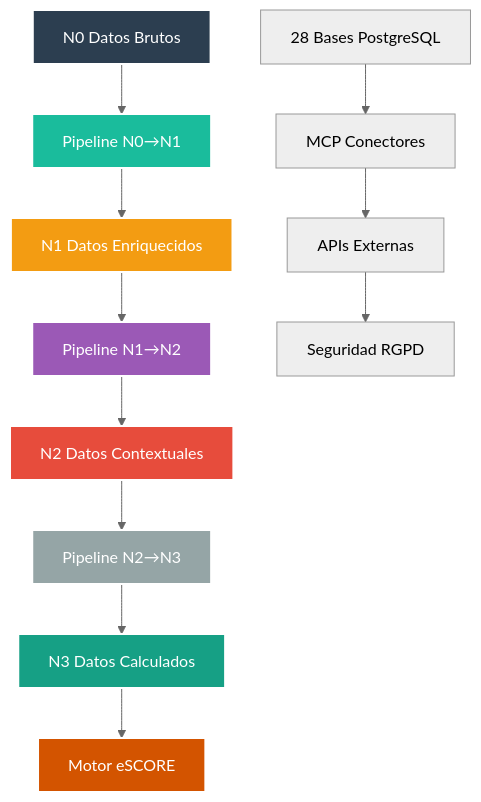
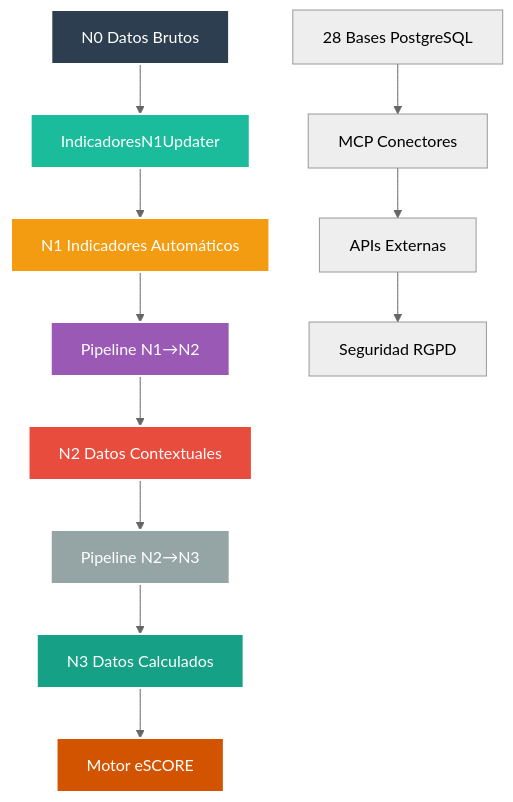
Before and after one commit to EGD2024/db-watioverse: the first of 3 diagrams in README.md, drawn with Mermaid (neutral theme). The commit also changed other lines of this file and 31 other files, not shown here.

````diff
--- a/README.md
+++ b/README.md
@@ -30,23 +30,23 @@
 ```mermaid
 graph TD
-    A[N0 Datos Brutos] --> B[Pipeline N0→N1]
-    B --> C[N1 Datos Enriquecidos]
+    A[N0 Datos Brutos] --> B[IndicadoresN1Updater]
+    B --> C[N1 Indicadores Automáticos]
     C --> D[Pipeline N1→N2]
     D --> E[N2 Datos Contextuales]
     E --> F[Pipeline N2→N3]
     F --> G[N3 Datos Calculados]
     G --> H[Motor eSCORE]
     
     I[28 Bases PostgreSQL] --> J[MCP Conectores]
     J --> K[APIs Externas]
     K --> L[Seguridad RGPD]
     
     style A fill:#2C3E50,stroke:#ffffff,stroke-width:2px,color:#ffffff
     style B fill:#1ABC9C,stroke:#ffffff,stroke-width:2px,color:#ffffff
     style C fill:#F39C12,stroke:#ffffff,stroke-width:2px,color:#ffffff
     style D fill:#9B59B6,stroke:#ffffff,stroke-width:2px,color:#ffffff
     style E fill:#E74C3C,stroke:#ffffff,stroke-width:2px,color:#ffffff
     style F fill:#95A5A6,stroke:#ffffff,stroke-width:2px,color:#ffffff
     style G fill:#16A085,stroke:#ffffff,stroke-width:2px,color:#ffffff
     style H fill:#D35400,stroke:#ffffff,stroke-width:2px,color:#ffffff
 ```
````
